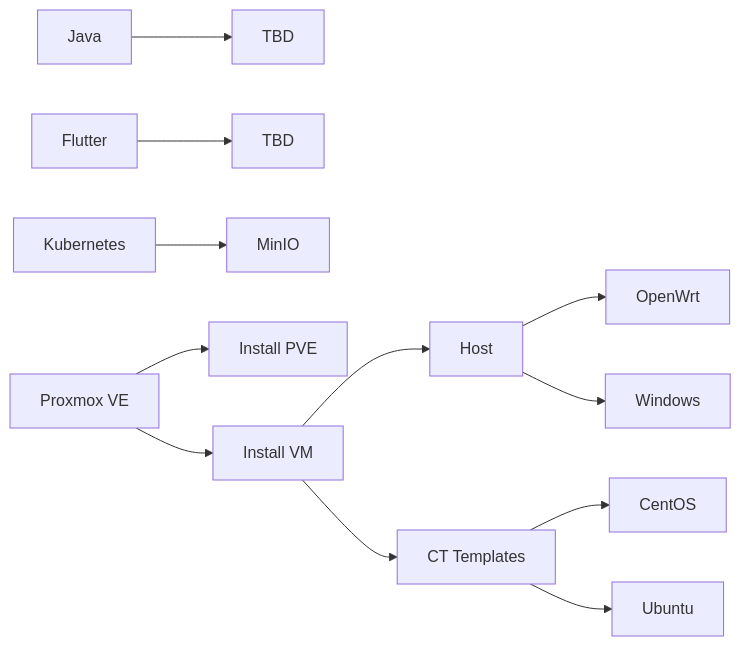
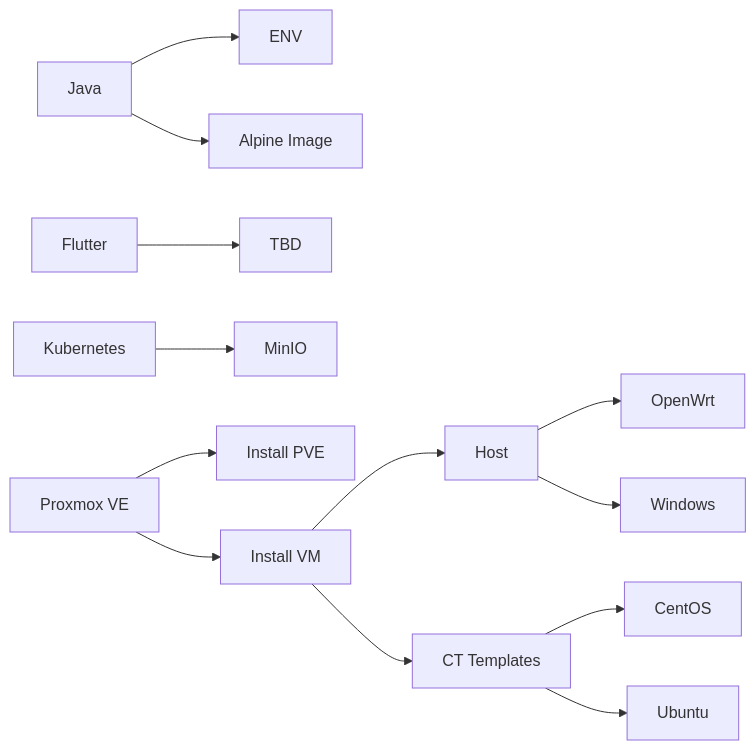
One commit to aaric/docsify-blog changed the diagram in docs/README.md. Above: the diagram before and after it, drawn with Mermaid. The commit also changed 3 other files, not shown here.

````diff
--- a/docs/README.md
+++ b/docs/README.md
@@ -9,15 +9,16 @@
 ```mermaid
 %% 技术图谱 %%
 graph LR
-    A[Java] --> A1[TBD];
+    A[Java] --> A1[ENV];
+    A[Java] --> A2[Alpine Image];
     B[Flutter] --> B1[TBD];
     C[Kubernetes] --> C1[MinIO];
     D[Proxmox VE] --> D1[Install PVE];
     D --> D2[Install VM];
     D2 --> D21[Host];
     D21 --> D211[OpenWrt];
     D21 --> D212[Windows];
     D2 --> D22[CT Templates];
     D22 -->  D221[CentOS];
     D22 -->  D222[Ubuntu];
 ```
````
